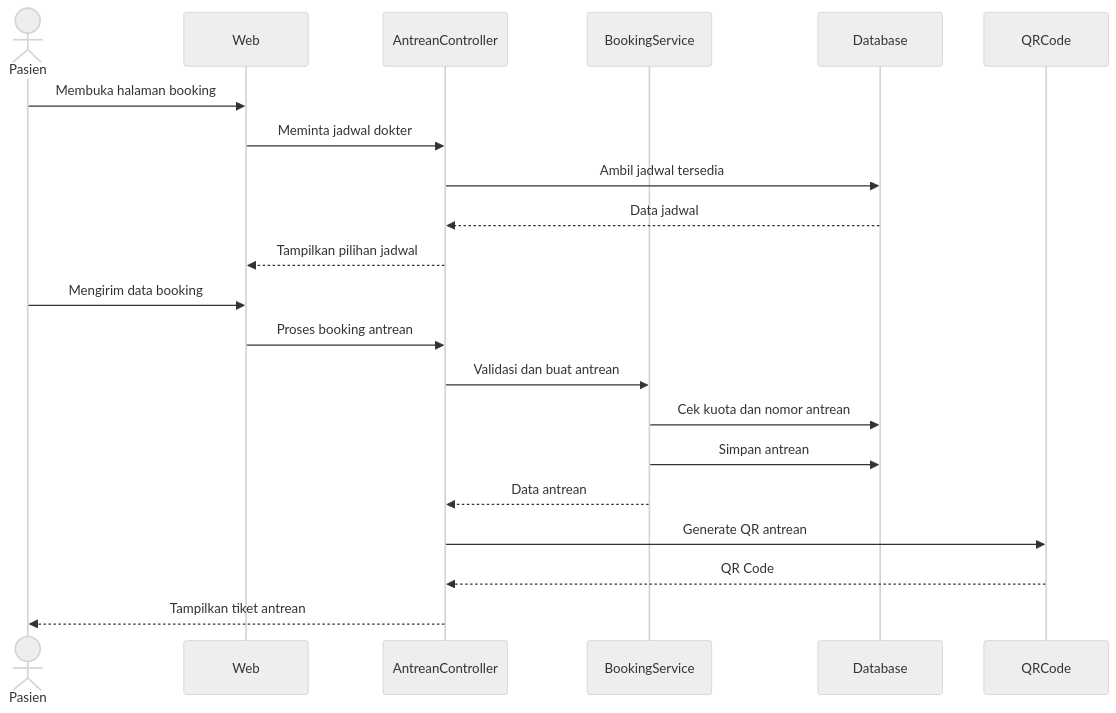
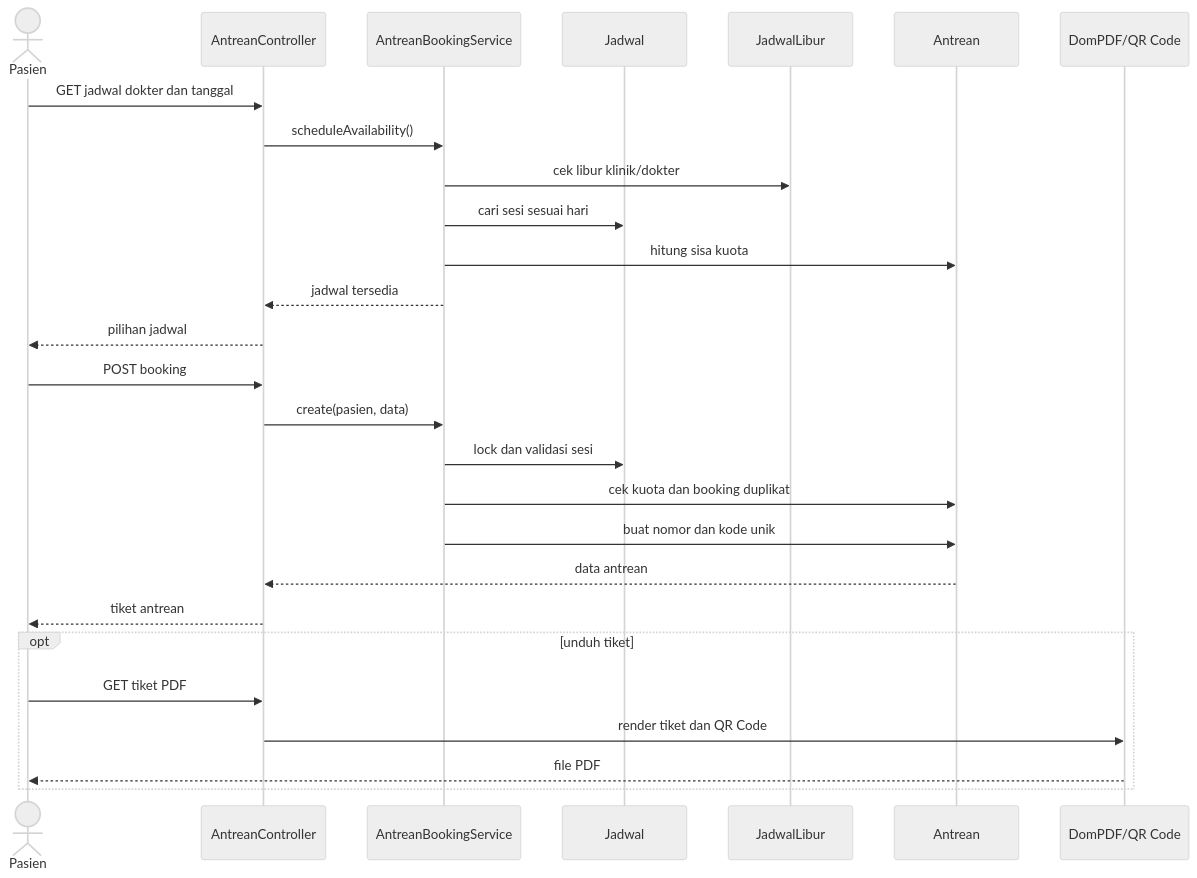
The third of 7 diagrams in dokumentasi/spesifikasi-proyek/sequence-diagrams.md (Faathir81/Sistem-Informasi-Klinik), drawn with Mermaid (neutral theme) before and after one commit. The commit also changed other lines of this file and 5 other files, not shown here.

Commit message:
docs: align project specifications and diagrams with current implementation

````diff
--- a/dokumentasi/spesifikasi-proyek/sequence-diagrams.md
+++ b/dokumentasi/spesifikasi-proyek/sequence-diagrams.md
@@ -65,25 +74,30 @@
 ```mermaid
 sequenceDiagram
     actor Pasien
-    participant Web
-    participant AntreanController
-    participant BookingService
-    participant Database
-    participant QRCode
+    participant Controller as AntreanController
+    participant Booking as AntreanBookingService
+    participant Jadwal
+    participant Libur as JadwalLibur
+    participant Antrean
+    participant PDF as DomPDF/QR Code
 
-    Pasien->>Web: Membuka halaman booking
-    Web->>AntreanController: Meminta jadwal dokter
-    AntreanController->>Database: Ambil jadwal tersedia
-    Database-->>AntreanController: Data jadwal
-    AntreanController-->>Web: Tampilkan pilihan jadwal
-
-    Pasien->>Web: Mengirim data booking
-    Web->>AntreanController: Proses booking antrean
-    AntreanController->>BookingService: Validasi dan buat antrean
-    BookingService->>Database: Cek kuota dan nomor antrean
-    BookingService->>Database: Simpan antrean
-    BookingService-->>AntreanController: Data antrean
-    AntreanController->>QRCode: Generate QR antrean
-    QRCode-->>AntreanController: QR Code
-    AntreanController-->>Pasien: Tampilkan tiket antrean
+    Pasien->>Controller: GET jadwal dokter dan tanggal
+    Controller->>Booking: scheduleAvailability()
+    Booking->>Libur: cek libur klinik/dokter
+    Booking->>Jadwal: cari sesi sesuai hari
+    Booking->>Antrean: hitung sisa kuota
+    Booking-->>Controller: jadwal tersedia
+    Controller-->>Pasien: pilihan jadwal
+    Pasien->>Controller: POST booking
+    Controller->>Booking: create(pasien, data)
+    Booking->>Jadwal: lock dan validasi sesi
+    Booking->>Antrean: cek kuota dan booking duplikat
+    Booking->>Antrean: buat nomor dan kode unik
+    Antrean-->>Controller: data antrean
+    Controller-->>Pasien: tiket antrean
+    opt unduh tiket
+        Pasien->>Controller: GET tiket PDF
+        Controller->>PDF: render tiket dan QR Code
+        PDF-->>Pasien: file PDF
+    end
 ```
````
